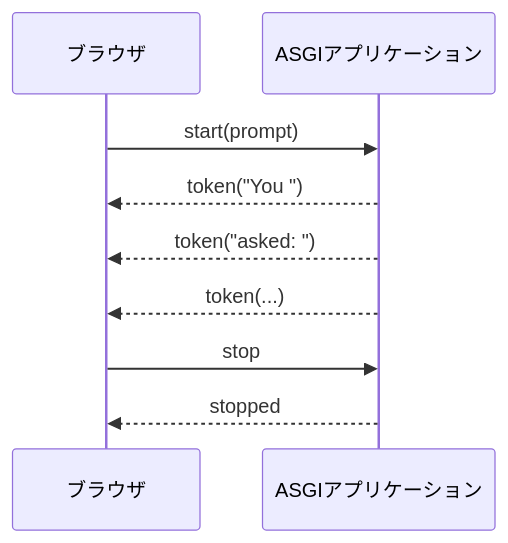
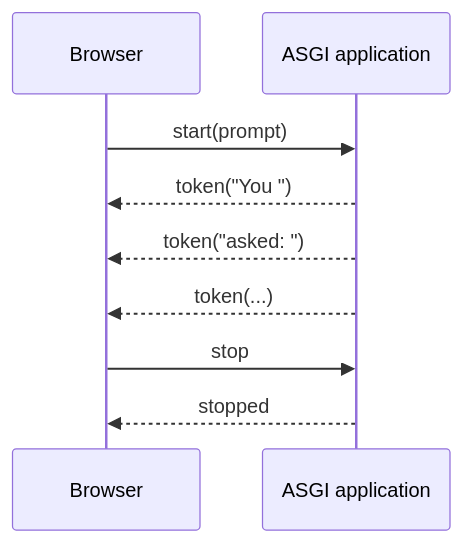
The diagram in src/content/posts/websocket_asgi_ai_chat/index.md (shionhonda/hippocampus-garden), drawn with Mermaid before and after one commit. The commit also changed other lines of this file and 3 other files, not shown here.

Commit message:
feat(blog): translate WebSocket ASGI chat article to English

````diff
--- a/src/content/posts/websocket_asgi_ai_chat/index.md
+++ b/src/content/posts/websocket_asgi_ai_chat/index.md
@@ -22,14 +23,14 @@
 ```mermaid
 sequenceDiagram
-    accTitle: WebSocketによる疑似AI応答のストリーミングと中断
-    accDescr: ブラウザがstartメッセージを送り、サーバーが複数のtokenメッセージを返している途中で、ブラウザがstopメッセージによって生成を中断する
-    participant B as ブラウザ
-    participant A as ASGIアプリケーション
+    accTitle: Streaming and cancelling a mock AI response over WebSocket
+    accDescr: The browser sends a start message, the ASGI application streams token messages, and the browser sends stop before generation finishes
+    participant B as Browser
+    participant A as ASGI application
 
     B->>A: start(prompt)
     A-->>B: token("You ")
     A-->>B: token("asked: ")
     A-->>B: token(...)
     B->>A: stop
     A-->>B: stopped
 ```
````
